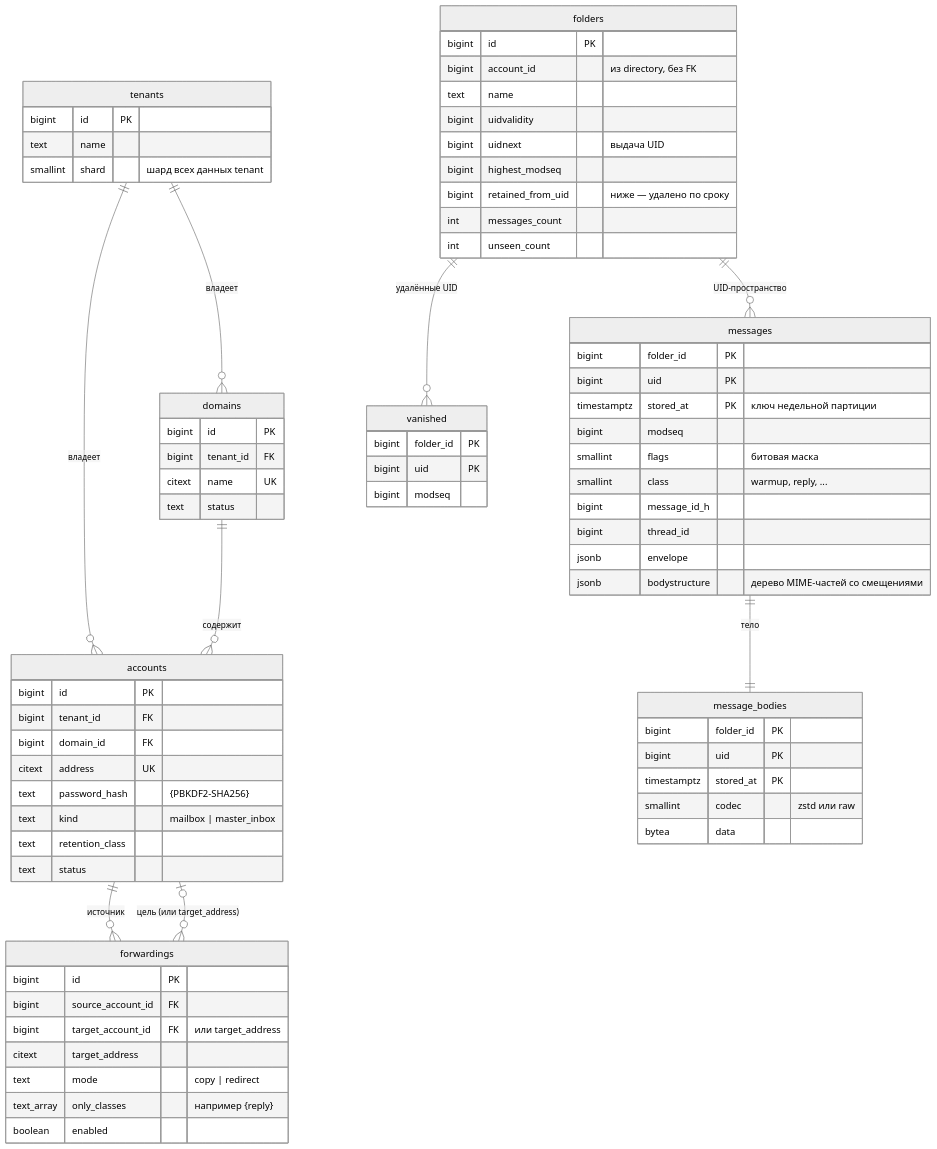
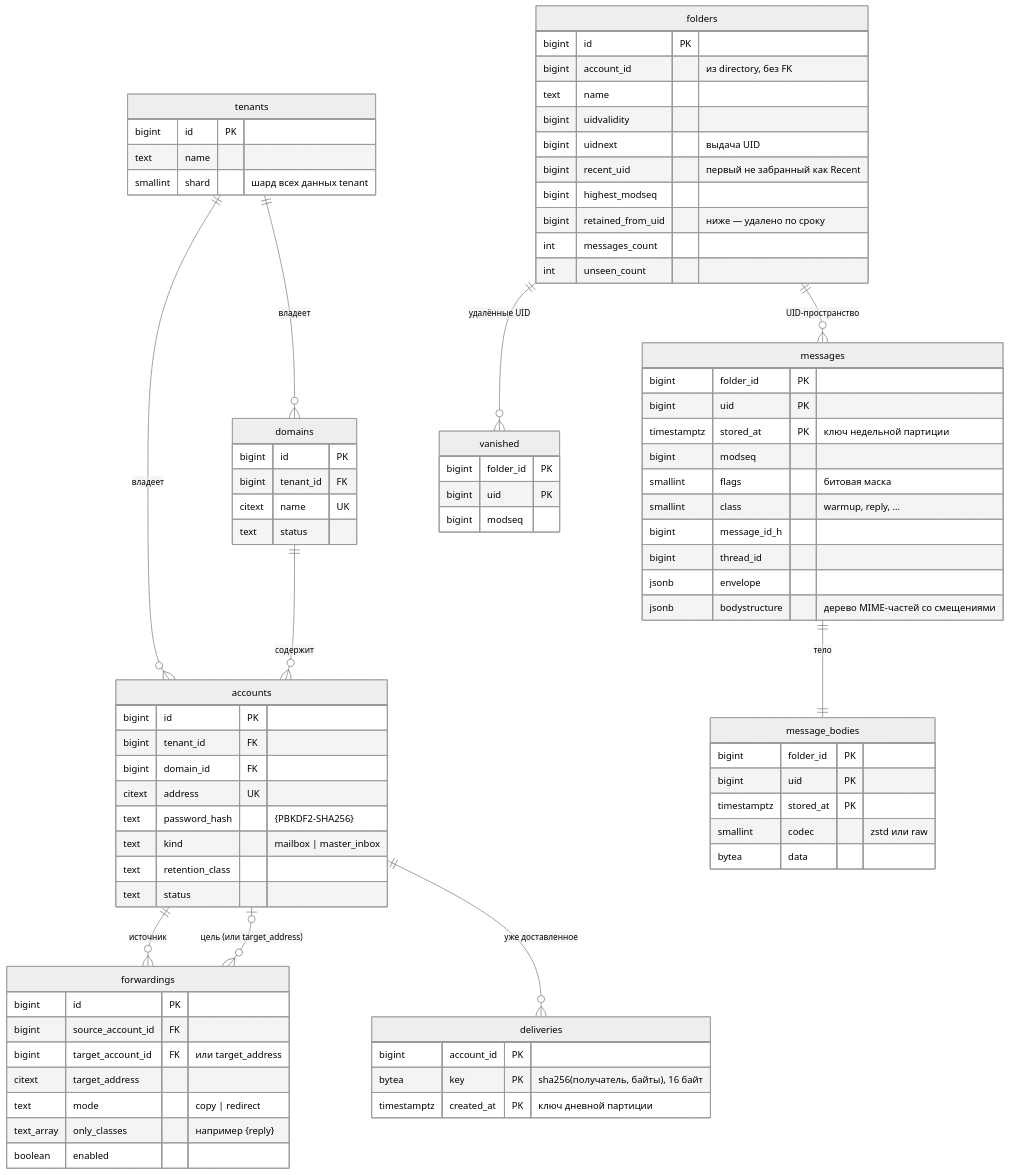
One commit to ichi404gh/mailstore changed the sixth of 7 diagrams in docs/architecture.md. Above: the diagram before and after it, drawn with Mermaid (neutral theme). The commit also changed other lines of this file and 30 other files, not shown here.

````diff
--- a/docs/architecture.md
+++ b/docs/architecture.md
@@ -263,6 +264,7 @@
   folders ||--o{ messages : "UID-пространство"
   messages ||--|| message_bodies : "тело"
   folders ||--o{ vanished : "удалённые UID"
+  accounts ||--o{ deliveries : "уже доставленное"
 
   folders {
     bigint id PK
@@ -270,6 +272,7 @@
     text name
     bigint uidvalidity
     bigint uidnext "выдача UID"
+    bigint recent_uid "первый не забранный как Recent"
     bigint highest_modseq
     bigint retained_from_uid "ниже — удалено по сроку"
     int messages_count
@@ -299,4 +302,9 @@
     bigint uid PK
     bigint modseq
   }
+  deliveries {
+    bigint account_id PK
+    bytea key PK "sha256(получатель, байты), 16 байт"
+    timestamptz created_at PK "ключ дневной партиции"
+  }
 ```
````
